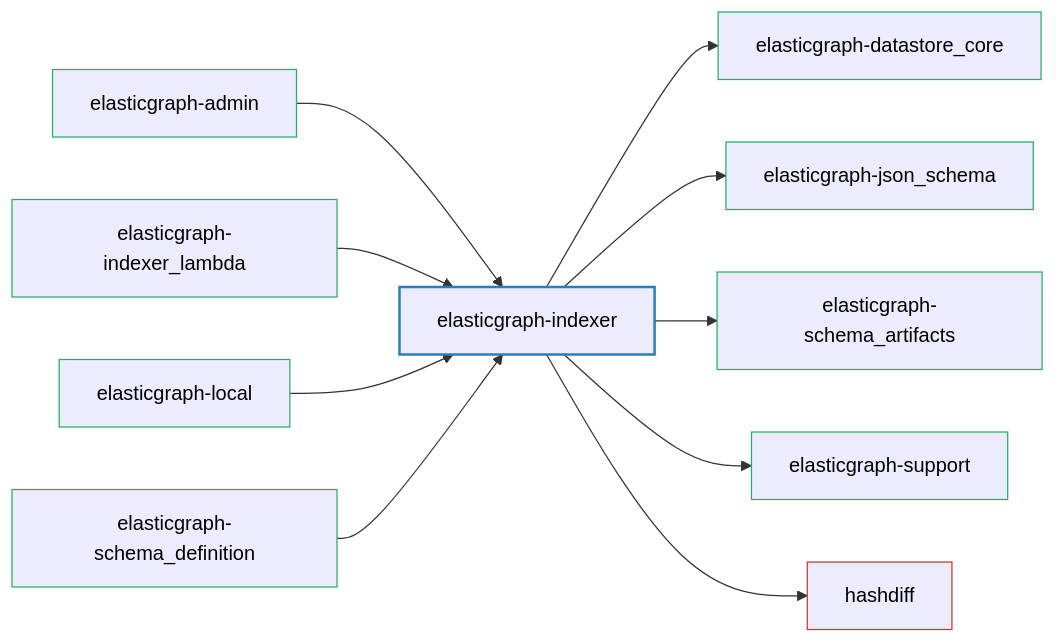
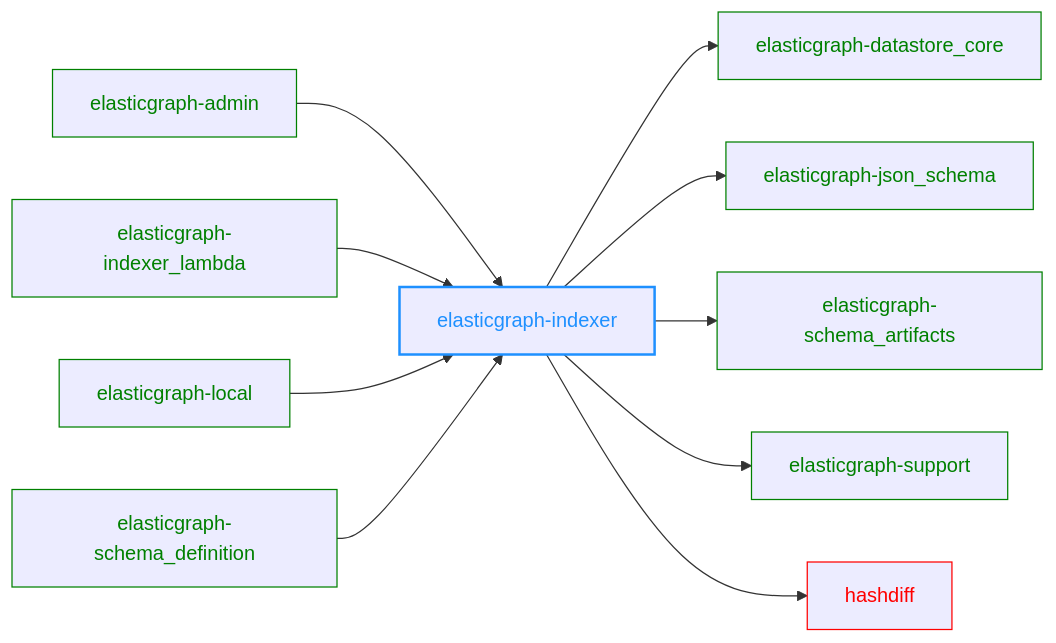
One commit to block/elasticgraph changed the diagram in elasticgraph-indexer/README.md. Above: the diagram before and after it, drawn with Mermaid. The commit also changed 23 other files, not shown here.

````diff
--- a/elasticgraph-indexer/README.md
+++ b/elasticgraph-indexer/README.md
@@ -4,32 +4,33 @@
 ```mermaid
 graph LR;
     elasticgraph-indexer["elasticgraph-indexer"];
     elasticgraph-datastore_core["elasticgraph-datastore_core"];
     elasticgraph-indexer --> elasticgraph-datastore_core;
     elasticgraph-json_schema["elasticgraph-json_schema"];
     elasticgraph-indexer --> elasticgraph-json_schema;
     elasticgraph-schema_artifacts["elasticgraph-schema_artifacts"];
     elasticgraph-indexer --> elasticgraph-schema_artifacts;
     elasticgraph-support["elasticgraph-support"];
     elasticgraph-indexer --> elasticgraph-support;
     hashdiff["hashdiff"];
     elasticgraph-indexer --> hashdiff;
     elasticgraph-admin["elasticgraph-admin"];
     elasticgraph-admin --> elasticgraph-indexer;
     elasticgraph-indexer_lambda["elasticgraph-indexer_lambda"];
     elasticgraph-indexer_lambda --> elasticgraph-indexer;
     elasticgraph-local["elasticgraph-local"];
     elasticgraph-local --> elasticgraph-indexer;
     elasticgraph-schema_definition["elasticgraph-schema_definition"];
     elasticgraph-schema_definition --> elasticgraph-indexer;
-    style elasticgraph-indexer fill:#lightblue,stroke:#2980b9,stroke-width:2px,color:#000;
-    style elasticgraph-datastore_core fill:#lightgreen,stroke:#27ae60,stroke-width:1px,color:#000;
-    style elasticgraph-json_schema fill:#lightgreen,stroke:#27ae60,stroke-width:1px,color:#000;
-    style elasticgraph-schema_artifacts fill:#lightgreen,stroke:#27ae60,stroke-width:1px,color:#000;
-    style elasticgraph-support fill:#lightgreen,stroke:#27ae60,stroke-width:1px,color:#000;
-    style hashdiff fill:#lightcoral,stroke:#c0392b,stroke-width:1px,color:#000;
-    style elasticgraph-admin fill:#lightgreen,stroke:#27ae60,stroke-width:1px,color:#000;
-    style elasticgraph-indexer_lambda fill:#lightgreen,stroke:#27ae60,stroke-width:1px,color:#000;
-    style elasticgraph-local fill:#lightgreen,stroke:#27ae60,stroke-width:1px,color:#000;
-    style elasticgraph-schema_definition fill:#lightgreen,stroke:#27ae60,stroke-width:1px,color:#000;
+    style elasticgraph-indexer color:DodgerBlue,stroke-width:2px,stroke:DodgerBlue;
+    style elasticgraph-datastore_core color:Green,stroke:Green;
+    style elasticgraph-json_schema color:Green,stroke:Green;
+    style elasticgraph-schema_artifacts color:Green,stroke:Green;
+    style elasticgraph-support color:Green,stroke:Green;
+    style hashdiff color:Red,stroke:Red;
+    style elasticgraph-admin color:Green,stroke:Green;
+    style elasticgraph-indexer_lambda color:Green,stroke:Green;
+    style elasticgraph-local color:Green,stroke:Green;
+    style elasticgraph-schema_definition color:Green,stroke:Green;
+    click hashdiff href "https://rubygems.org/gems/hashdiff" "Open on RubyGems.org" _blank;
 ```
````
